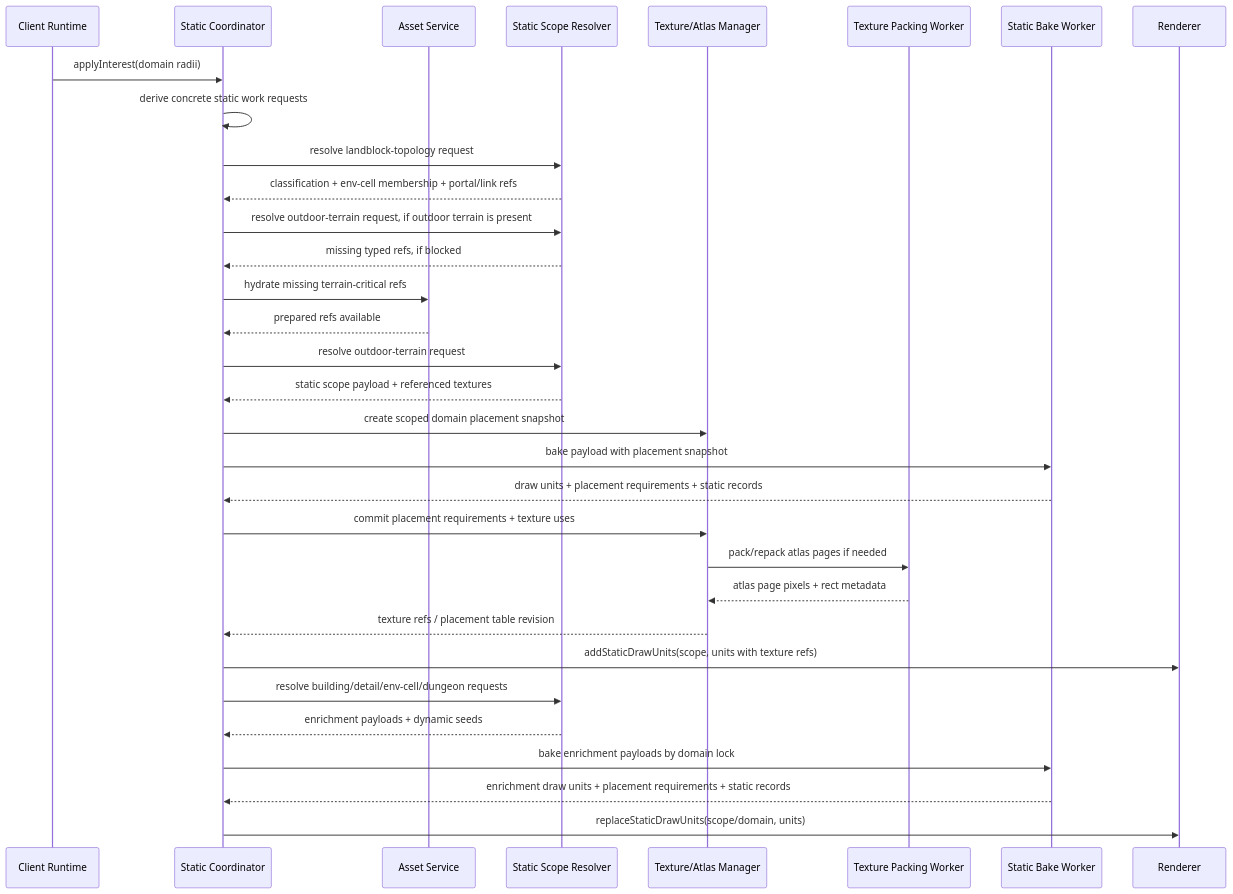
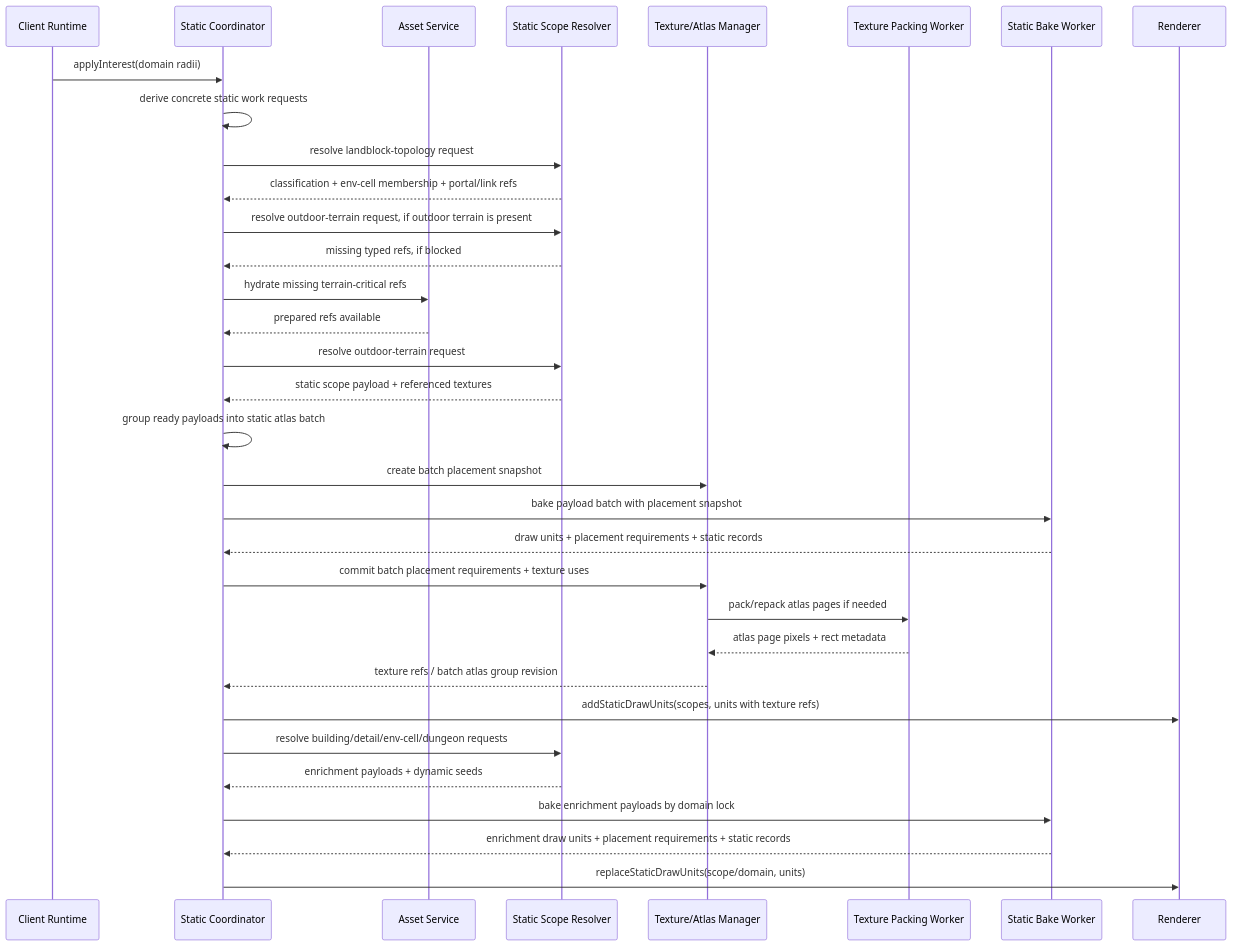
Before and after one commit to merklejerk/holtburger: the ninth of 22 diagrams in docs/plans/holtburger-3d-frontend-v2-design.md, drawn with Mermaid. The commit also changed other lines of this file and 7 other files, not shown here.

````diff
--- a/docs/plans/holtburger-3d-frontend-v2-design.md
+++ b/docs/plans/holtburger-3d-frontend-v2-design.md
@@ -730,35 +731,36 @@
 ```mermaid
 sequenceDiagram
   participant Runtime as Client Runtime
   participant Static as Static Coordinator
   participant Assets as Asset Service
   participant Resolver as Static Scope Resolver
   participant Textures as Texture/Atlas Manager
   participant Packer as Texture Packing Worker
   participant Baker as Static Bake Worker
   participant Renderer as Renderer
 
   Runtime->>Static: applyInterest(domain radii)
   Static->>Static: derive concrete static work requests
   Static->>Resolver: resolve landblock-topology request
   Resolver-->>Static: classification + env-cell membership + portal/link refs
   Static->>Resolver: resolve outdoor-terrain request, if outdoor terrain is present
   Resolver-->>Static: missing typed refs, if blocked
   Static->>Assets: hydrate missing terrain-critical refs
   Assets-->>Static: prepared refs available
   Static->>Resolver: resolve outdoor-terrain request
   Resolver-->>Static: static scope payload + referenced textures
-  Static->>Textures: create scoped domain placement snapshot
-  Static->>Baker: bake payload with placement snapshot
+  Static->>Static: group ready payloads into static atlas batch
+  Static->>Textures: create batch placement snapshot
+  Static->>Baker: bake payload batch with placement snapshot
   Baker-->>Static: draw units + placement requirements + static records
-  Static->>Textures: commit placement requirements + texture uses
+  Static->>Textures: commit batch placement requirements + texture uses
   Textures->>Packer: pack/repack atlas pages if needed
   Packer-->>Textures: atlas page pixels + rect metadata
-  Textures-->>Static: texture refs / placement table revision
-  Static->>Renderer: addStaticDrawUnits(scope, units with texture refs)
+  Textures-->>Static: texture refs / batch atlas group revision
+  Static->>Renderer: addStaticDrawUnits(scopes, units with texture refs)
   Static->>Resolver: resolve building/detail/env-cell/dungeon requests
   Resolver-->>Static: enrichment payloads + dynamic seeds
   Static->>Baker: bake enrichment payloads by domain lock
   Baker-->>Static: enrichment draw units + placement requirements + static records
   Static->>Renderer: replaceStaticDrawUnits(scope/domain, units)
 ```
````
